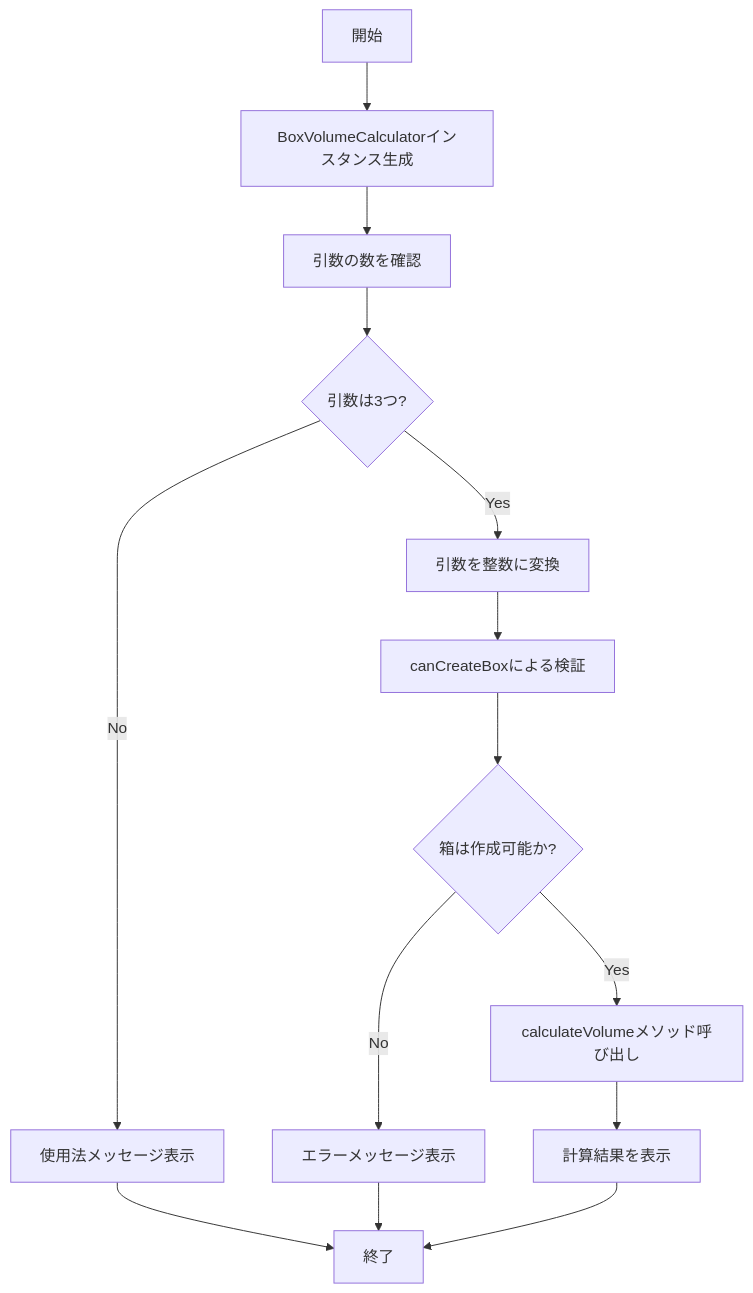
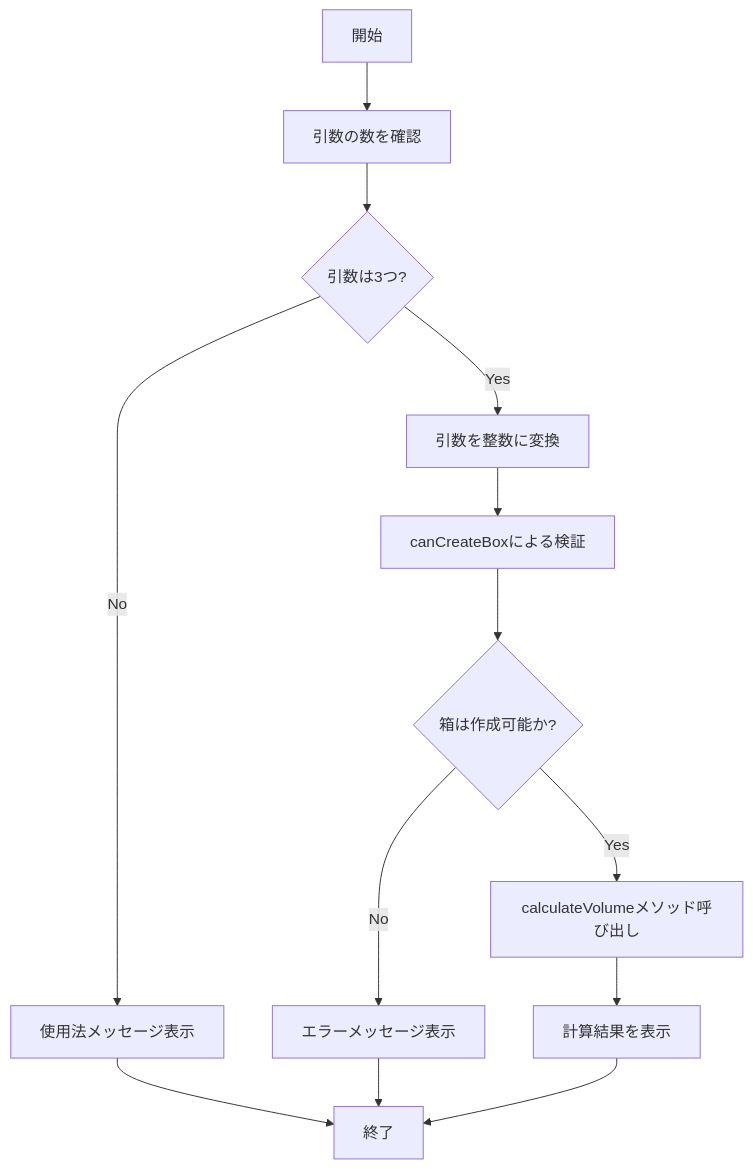
One commit to kanjiz/java-training-design-docs changed the second of 2 diagrams in chapter08/BoxVolumeCalculator-README.md. Above: the diagram before and after it, drawn with Mermaid. The commit also changed other lines of this file, not shown here.

First line of the commit message:
Simplify BoxVolumeCalculator design doc

````diff
--- a/chapter08/BoxVolumeCalculator-README.md
+++ b/chapter08/BoxVolumeCalculator-README.md
@@ -98,16 +97,15 @@
 ```mermaid
 flowchart TD
-    A[開始] --> B[BoxVolumeCalculatorインスタンス生成]
-    B --> C[引数の数を確認]
-    C --> D{引数は3つ?}
-    D -->|No| E[使用法メッセージ表示]
-    E --> F[終了]
-    D -->|Yes| G[引数を整数に変換]
-    G --> H[canCreateBoxによる検証]
-    H --> I{箱は作成可能か?}
-    I -->|No| J[エラーメッセージ表示]
-    J --> F
-    I -->|Yes| K[calculateVolumeメソッド呼び出し]
-    K --> L[計算結果を表示]
-    L --> F
+    A[開始] --> B[引数の数を確認]
+    B --> C{引数は3つ?}
+    C -->|No| D[使用法メッセージ表示]
+    D --> E[終了]
+    C -->|Yes| F[引数を整数に変換]
+    F --> G[canCreateBoxによる検証]
+    G --> H{箱は作成可能か?}
+    H -->|No| I[エラーメッセージ表示]
+    I --> E
+    H -->|Yes| J[calculateVolumeメソッド呼び出し]
+    J --> K[計算結果を表示]
+    K --> E
 ```
````
